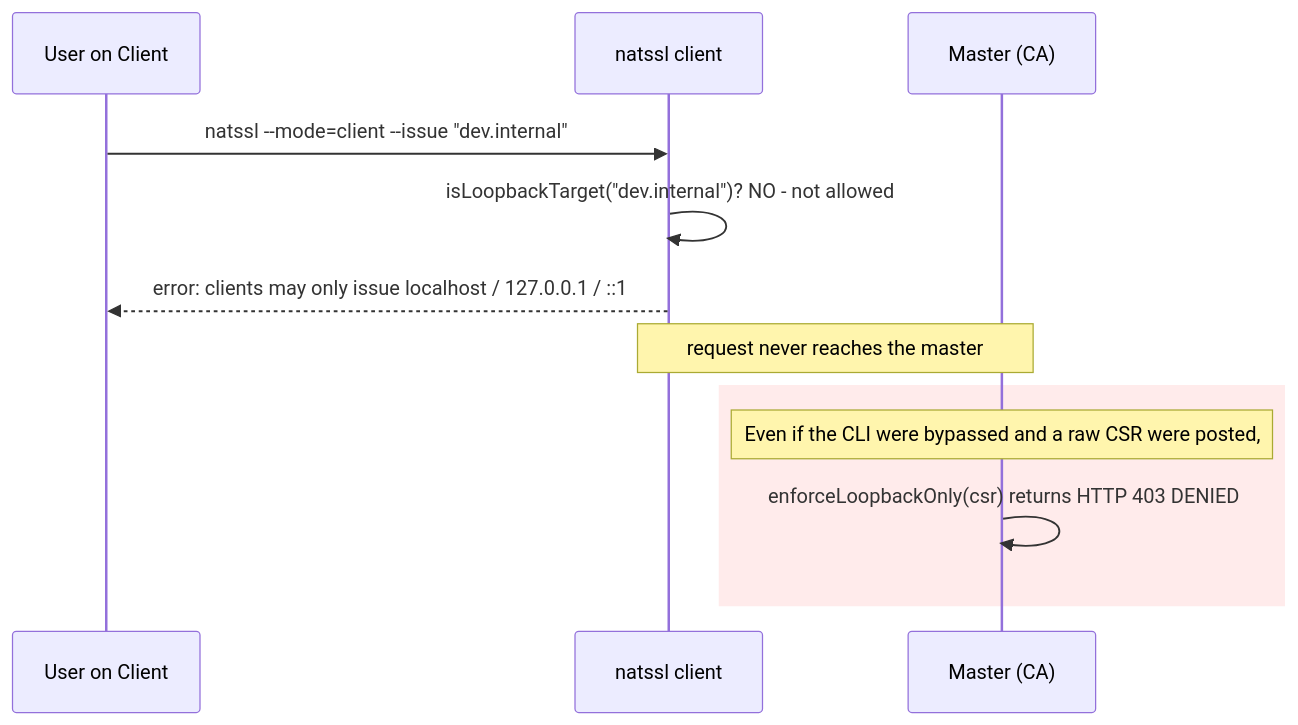
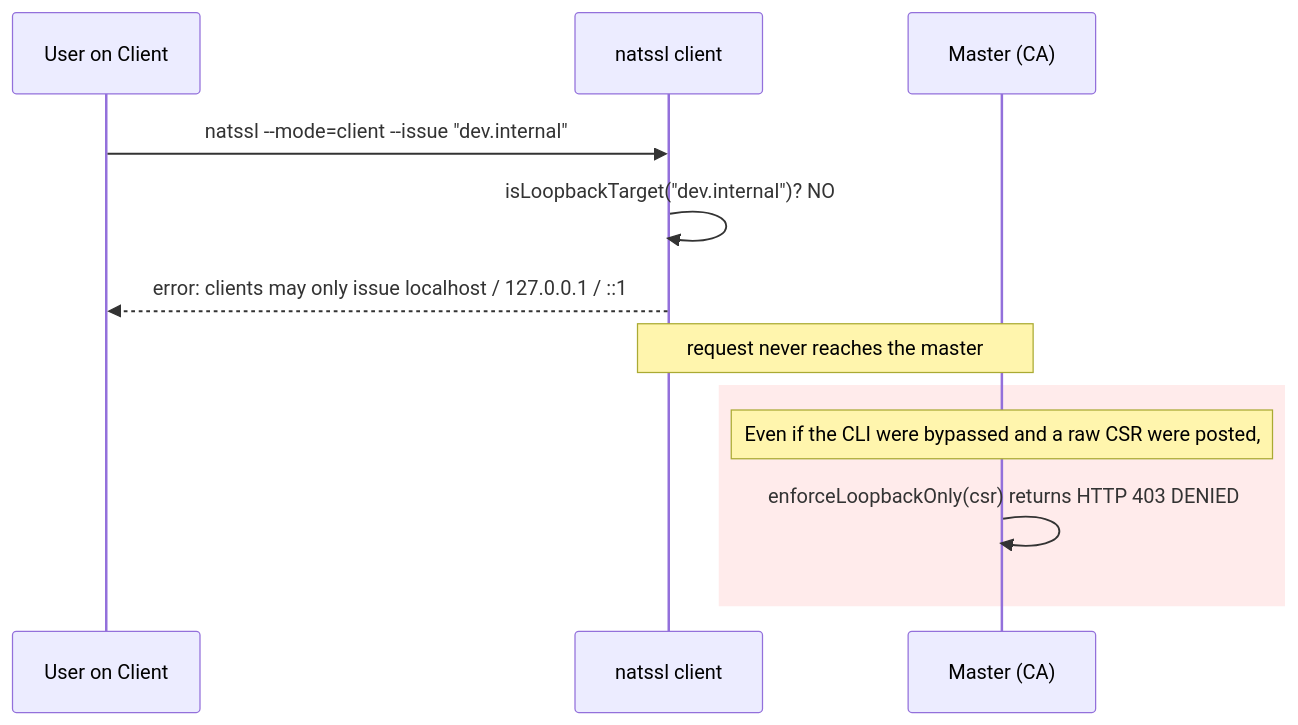
Before and after one commit to iskyneon/natssl: the fourth of 5 diagrams in docs/DEPLOYMENT.md, drawn with Mermaid. The commit also changed other lines of this file and 9 other files, not shown here.

````diff
--- a/docs/DEPLOYMENT.md
+++ b/docs/DEPLOYMENT.md
@@ -222,16 +238,16 @@
 ```mermaid
 sequenceDiagram
     participant U as User on Client
     participant C as natssl client
     participant M as Master (CA)
 
     U->>C: natssl --mode=client --issue "dev.internal"
-    C->>C: isLoopbackTarget("dev.internal")? NO - not allowed
+    C->>C: isLoopbackTarget("dev.internal")? NO
     C-->>U: error: clients may only issue localhost / 127.0.0.1 / ::1
     Note over C,M: request never reaches the master
 
     rect rgb(255, 235, 235)
     Note over M: Even if the CLI were bypassed and a raw CSR were posted,
     M->>M: enforceLoopbackOnly(csr) returns HTTP 403 DENIED
     end
 ```
````
